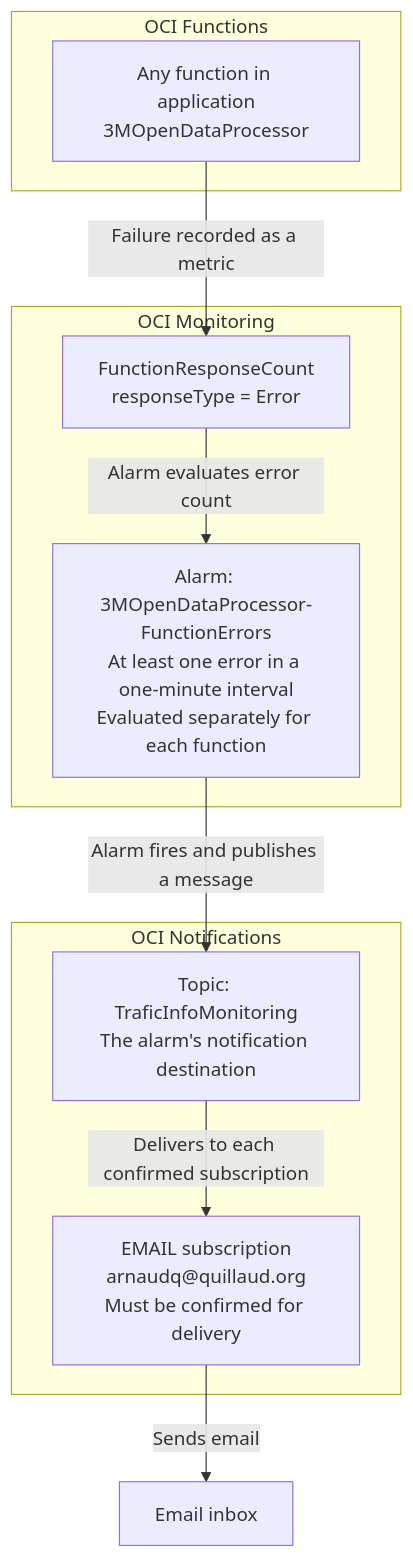
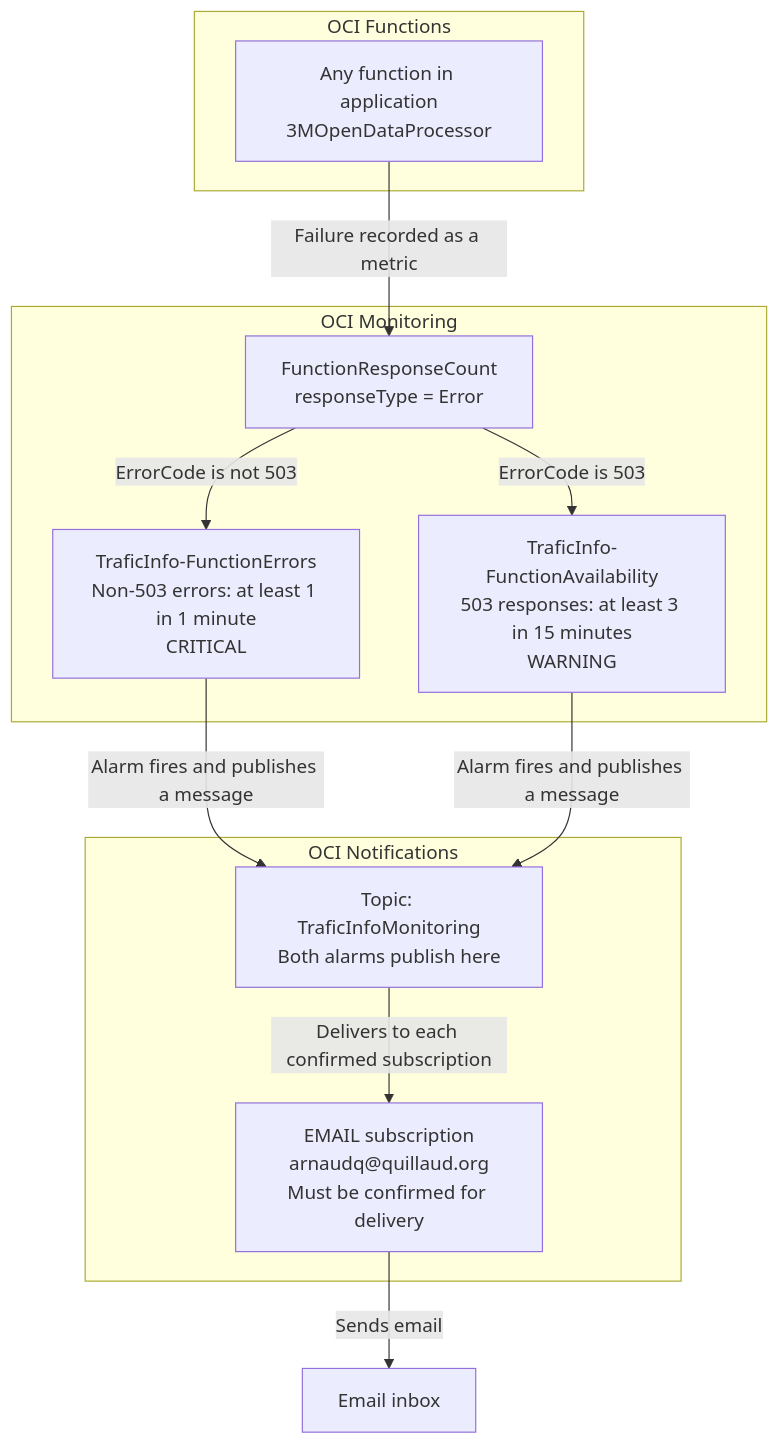
Before and after one commit to arnaudq/traficinfo: the diagram in specs/monitoring.md, drawn with Mermaid. The commit also changed other lines of this file and 3 other files, not shown here.

Commit message:
feat: separate function errors from transient availability alerts

````diff
--- a/specs/monitoring.md
+++ b/specs/monitoring.md
@@ -9,24 +9,27 @@
 ```mermaid
 flowchart TD
     subgraph functions["OCI Functions"]
         F["Any function in application<br/>3MOpenDataProcessor"]
     end
 
     subgraph monitoring["OCI Monitoring"]
         M["FunctionResponseCount<br/>responseType = Error"]
-        A["Alarm: 3MOpenDataProcessor-FunctionErrors<br/>At least one error in a one-minute interval<br/>Evaluated separately for each function"]
+        A["TraficInfo-FunctionErrors<br/>Non-503 errors: at least 1 in 1 minute<br/>CRITICAL"]
+        B["TraficInfo-FunctionAvailability<br/>503 responses: at least 3 in 15 minutes<br/>WARNING"]
     end
 
     subgraph notifications["OCI Notifications"]
-        T["Topic: TraficInfoMonitoring<br/>The alarm's notification destination"]
+        T["Topic: TraficInfoMonitoring<br/>Both alarms publish here"]
         S["EMAIL subscription<br/>arnaudq@quillaud.org<br/>Must be confirmed for delivery"]
     end
 
     E["Email inbox"]
 
     F -->|"Failure recorded as a metric"| M
-    M -->|"Alarm evaluates error count"| A
+    M -->|"ErrorCode is not 503"| A
+    M -->|"ErrorCode is 503"| B
     A -->|"Alarm fires and publishes a message"| T
+    B -->|"Alarm fires and publishes a message"| T
     T -->|"Delivers to each confirmed subscription"| S
     S -->|"Sends email"| E
 ```
````
